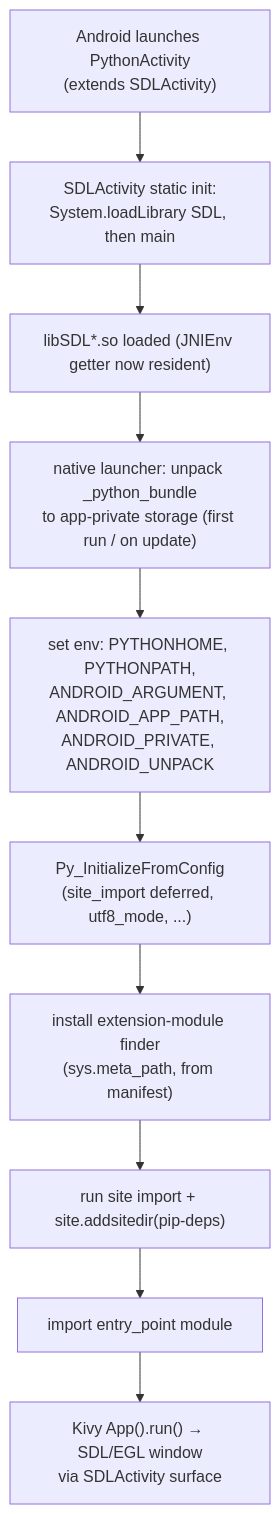
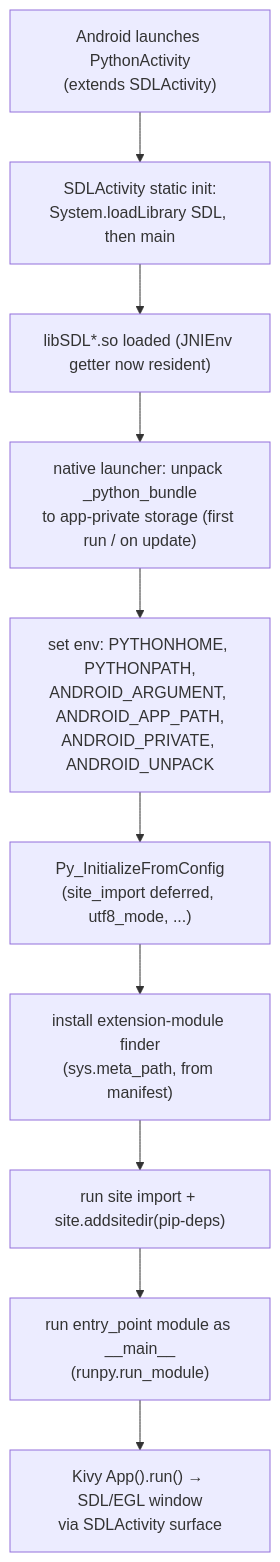
One commit to ElliotGarbus/kivyforge changed the diagram in docs/design/platforms/android/05-bootstrap-android.md. Above: the diagram before and after it, drawn with Mermaid. The commit also changed other lines of this file and 10 other files, not shown here.

````diff
--- a/docs/design/platforms/android/05-bootstrap-android.md
+++ b/docs/design/platforms/android/05-bootstrap-android.md
@@ -57,12 +57,12 @@
 ```mermaid
 flowchart TD
     A["Android launches PythonActivity\n(extends SDLActivity)"] --> B["SDLActivity static init:\nSystem.loadLibrary SDL, then main"]
     B --> C["libSDL*.so loaded (JNIEnv getter now resident)"]
     C --> D["native launcher: unpack _python_bundle\nto app-private storage (first run / on update)"]
     D --> E["set env: PYTHONHOME, PYTHONPATH,\nANDROID_ARGUMENT, ANDROID_APP_PATH,\nANDROID_PRIVATE, ANDROID_UNPACK"]
     E --> F["Py_InitializeFromConfig\n(site_import deferred, utf8_mode, ...)"]
     F --> G["install extension-module finder\n(sys.meta_path, from manifest)"]
     G --> H["run site import + site.addsitedir(pip-deps)"]
-    H --> J["import entry_point module"]
+    H --> J["run entry_point module as __main__\n(runpy.run_module)"]
     J --> K["Kivy App().run() → SDL/EGL window\nvia SDLActivity surface"]
 ```
````
